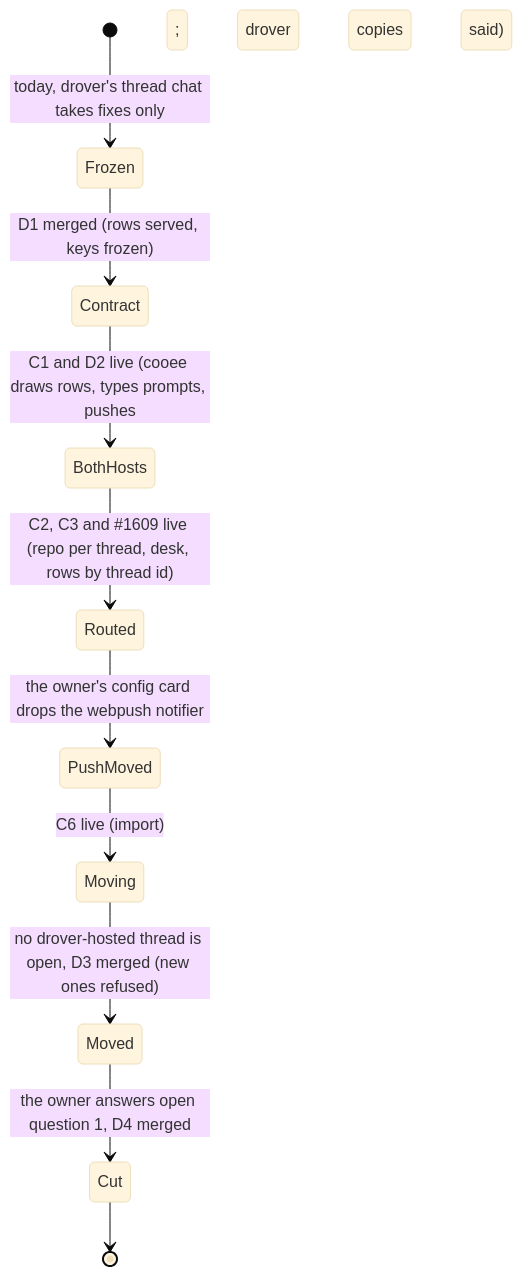
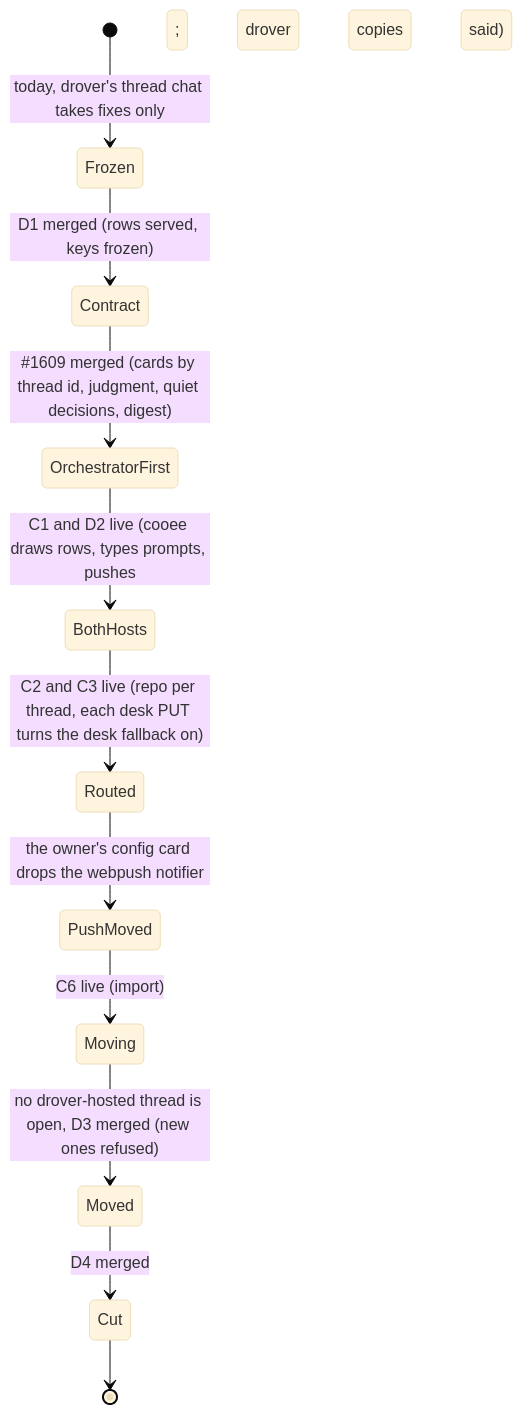
The first of 4 diagrams in docs/architecture/cooee-threads/boundaries.md (jirathip-dev/drover), drawn with Mermaid (base theme) before and after one commit. The commit also changed other lines of this file and 4 other files, not shown here.

First line of the commit message:
architect: #1609 follows D1 and lands before C1, its desk part turns on with cooee's desk; the three open questions settled (#1571)

````diff
--- a/docs/architecture/cooee-threads/boundaries.md
+++ b/docs/architecture/cooee-threads/boundaries.md
@@ -33,12 +33,13 @@
 ```mermaid
 stateDiagram-v2
     [*] --> Frozen: today, drover's thread chat takes fixes only
     Frozen --> Contract: D1 merged (rows served, keys frozen)
-    Contract --> BothHosts: C1 and D2 live (cooee draws rows, types prompts, pushes; drover copies said)
-    BothHosts --> Routed: C2, C3 and #1609 live (repo per thread, desk, rows by thread id)
+    Contract --> OrchestratorFirst: #1609 merged (cards by thread id, judgment, quiet decisions, digest)
+    OrchestratorFirst --> BothHosts: C1 and D2 live (cooee draws rows, types prompts, pushes; drover copies said)
+    BothHosts --> Routed: C2 and C3 live (repo per thread, each desk PUT turns the desk fallback on)
     Routed --> PushMoved: the owner's config card drops the webpush notifier
     PushMoved --> Moving: C6 live (import)
     Moving --> Moved: no drover-hosted thread is open, D3 merged (new ones refused)
-    Moved --> Cut: the owner answers open question 1, D4 merged
+    Moved --> Cut: D4 merged
     Cut --> [*]
 ```
````
